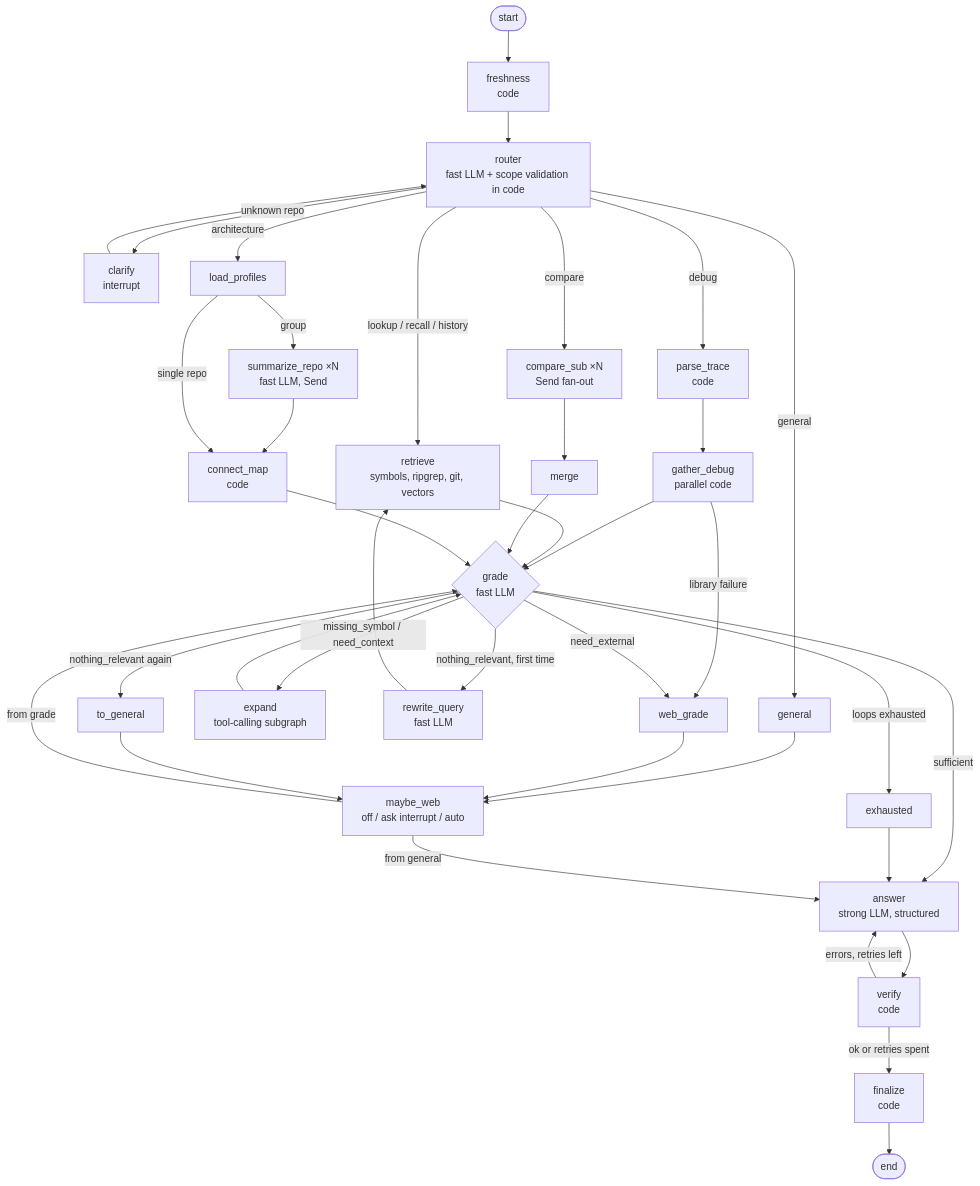
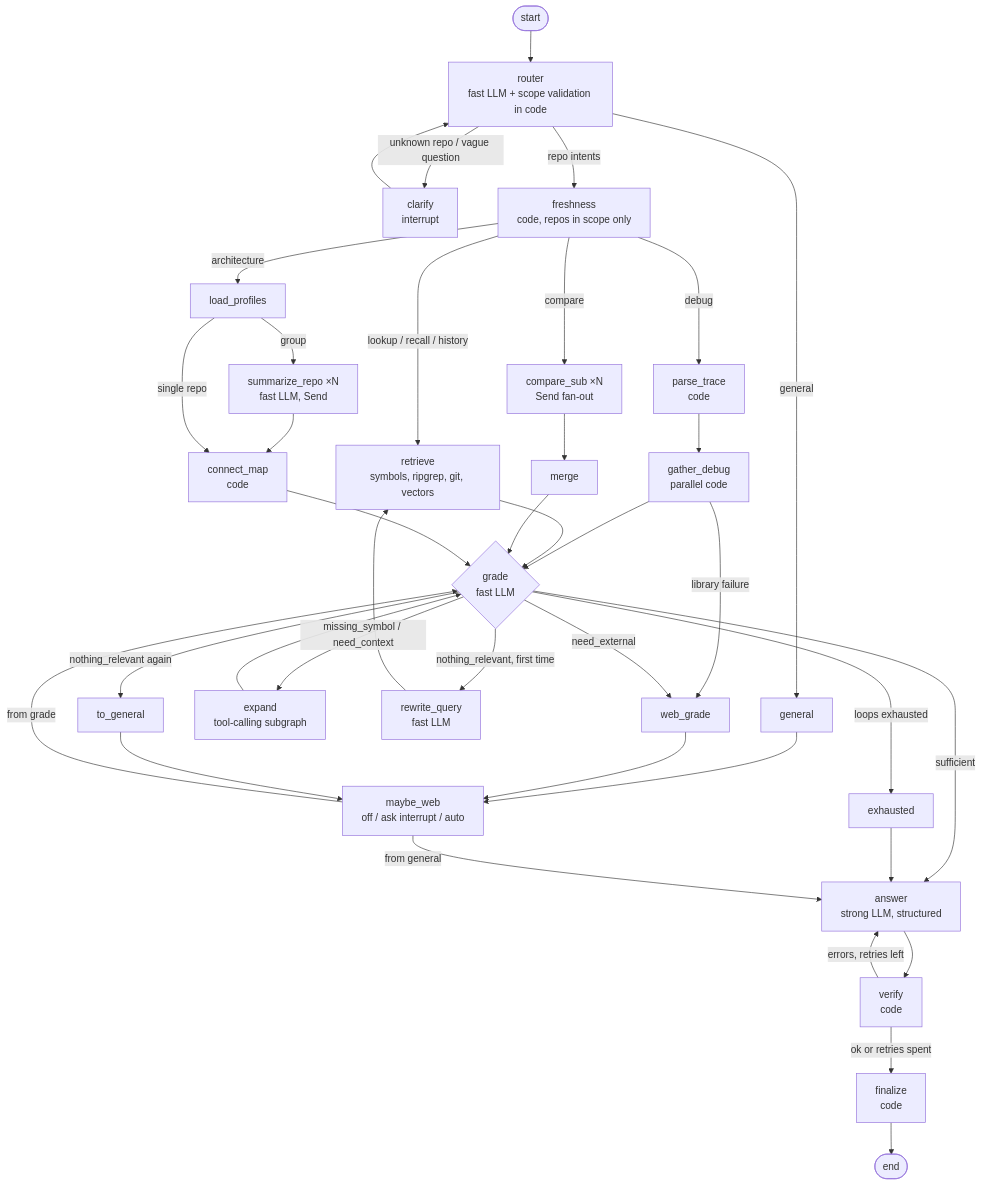
One commit to aman-todi/haive-mind changed the second of 2 diagrams in docs/ARCHITECTURE.md. Above: the diagram before and after it, drawn with Mermaid. The commit also changed 4 other files, not shown here.

First line of the commit message:
Check freshness only for repos in scope

````diff
--- a/docs/ARCHITECTURE.md
+++ b/docs/ARCHITECTURE.md
@@ -41,30 +41,30 @@
 ```mermaid
 flowchart TD
-  START([start]) --> F[freshness<br/>code]
-  F --> R[router<br/>fast LLM + scope validation in code]
-  R -->|unknown repo| CL[clarify<br/>interrupt]
+  START([start]) --> R[router<br/>fast LLM + scope validation in code]
+  R -->|unknown repo / vague question| CL[clarify<br/>interrupt]
   CL --> R
-  R -->|lookup / recall / history| RT[retrieve<br/>symbols, ripgrep, git, vectors]
-  R -->|debug| PT[parse_trace<br/>code] --> GD[gather_debug<br/>parallel code]
-  R -->|compare| CS[compare_sub ×N<br/>Send fan-out] --> M[merge]
-  R -->|architecture| LP[load_profiles] -->|group| SR[summarize_repo ×N<br/>fast LLM, Send] --> CMAP[connect_map<br/>code]
+  R -->|repo intents| F[freshness<br/>code, repos in scope only]
+  F -->|lookup / recall / history| RT[retrieve<br/>symbols, ripgrep, git, vectors]
+  F -->|debug| PT[parse_trace<br/>code] --> GD[gather_debug<br/>parallel code]
+  F -->|compare| CS[compare_sub ×N<br/>Send fan-out] --> M[merge]
+  F -->|architecture| LP[load_profiles] -->|group| SR[summarize_repo ×N<br/>fast LLM, Send] --> CMAP[connect_map<br/>code]
   LP -->|single repo| CMAP
   R -->|general| GEN[general] --> W
   GD -->|library failure| WG[web_grade] --> W
   GD --> GR
   RT --> GR
   M --> GR
   CMAP --> GR
   GR{grade<br/>fast LLM}
   GR -->|sufficient| A
   GR -->|missing_symbol / need_context| X[expand<br/>tool-calling subgraph] --> GR
   GR -->|need_external| WG
   GR -->|nothing_relevant, first time| RW[rewrite_query<br/>fast LLM] --> RT
   GR -->|nothing_relevant again| TG[to_general] --> W
   GR -->|loops exhausted| EX[exhausted] --> A
   W[maybe_web<br/>off / ask interrupt / auto] -->|from grade| GR
   W -->|from general| A
   A[answer<br/>strong LLM, structured] --> V[verify<br/>code]
   V -->|errors, retries left| A
   V -->|ok or retries spent| FN[finalize<br/>code] --> END([end])
 ```
````
